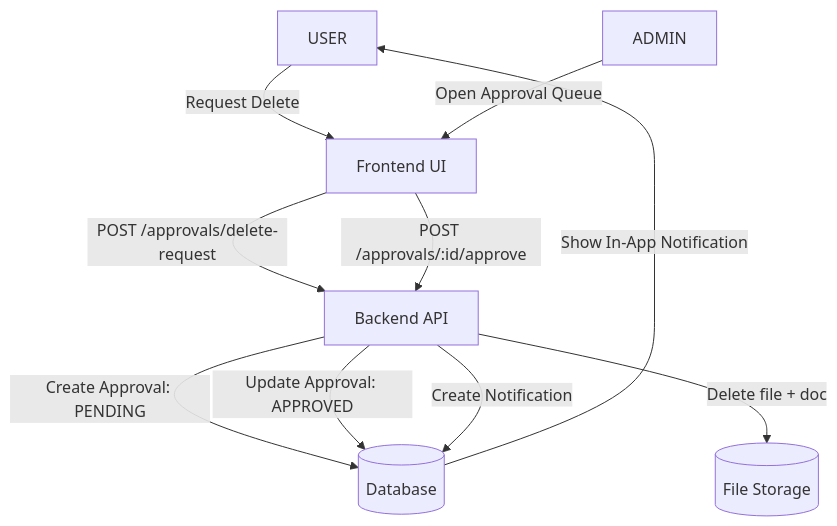
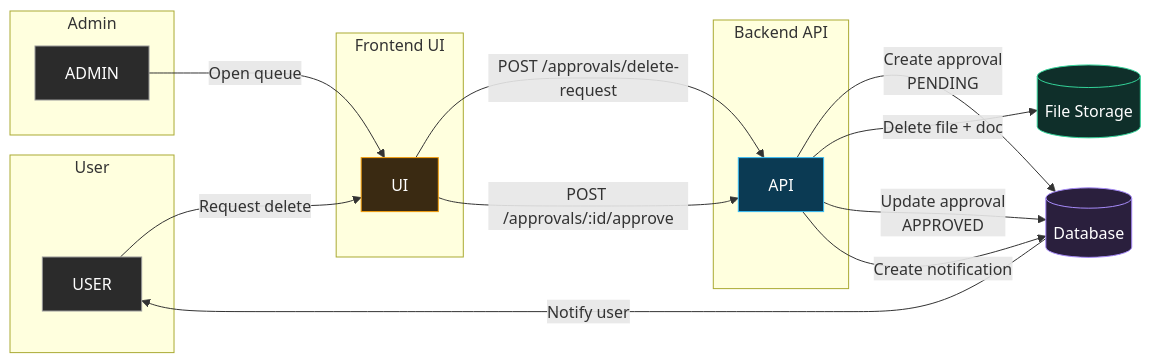
One commit to ichsanx/dms-fullstack-cybermax-v6 changed the fourth of 5 diagrams in README.md. Above: the diagram before and after it, drawn with Mermaid. The commit also changed other lines of this file, not shown here.

````diff
--- a/README.md
+++ b/README.md
@@ -293,14 +341,40 @@
 ```mermaid
-flowchart TD
-  U[USER] -->|Request Delete| UI[Frontend UI]
-  UI -->|POST /approvals/delete-request| API[Backend API]
-  API -->|Create Approval: PENDING| DB[(Database)]
+flowchart LR
+  %% Styles
+  classDef actor fill:#2b2b2b,stroke:#999,color:#fff;
+  classDef ui fill:#3a2a12,stroke:#f59e0b,color:#fff;
+  classDef api fill:#0b3a53,stroke:#38bdf8,color:#fff;
+  classDef store fill:#0f2f2a,stroke:#34d399,color:#fff;
+  classDef db fill:#2a1f3d,stroke:#a78bfa,color:#fff;
 
-  A[ADMIN] -->|Open Approval Queue| UI
+  subgraph USER[User]
+    U[USER]:::actor
+  end
+
+  subgraph ADMIN[Admin]
+    A[ADMIN]:::actor
+  end
+
+  subgraph FE[Frontend UI]
+    UI[UI]:::ui
+  end
+
+  subgraph BE[Backend API]
+    API[API]:::api
+  end
+
+  FS[(File Storage)]:::store
+  DB[(Database)]:::db
+
+  U -->|Request delete| UI
+  UI -->|POST /approvals/delete-request| API
+  API -->|Create approval<br/>PENDING| DB
+
+  A -->|Open queue| UI
   UI -->|POST /approvals/:id/approve| API
 
-  API -->|Delete file + doc| FS[(File Storage)]
-  API -->|Update Approval: APPROVED| DB
-  API -->|Create Notification| DB
-  DB -->|Show In-App Notification| U
+  API -->|Delete file + doc| FS
+  API -->|Update approval<br/>APPROVED| DB
+  API -->|Create notification| DB
+  DB -->|Notify user| U
 ```
````
